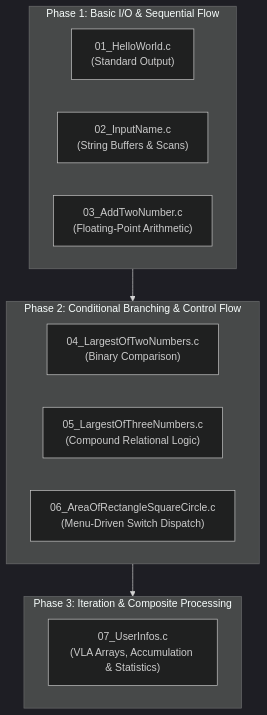
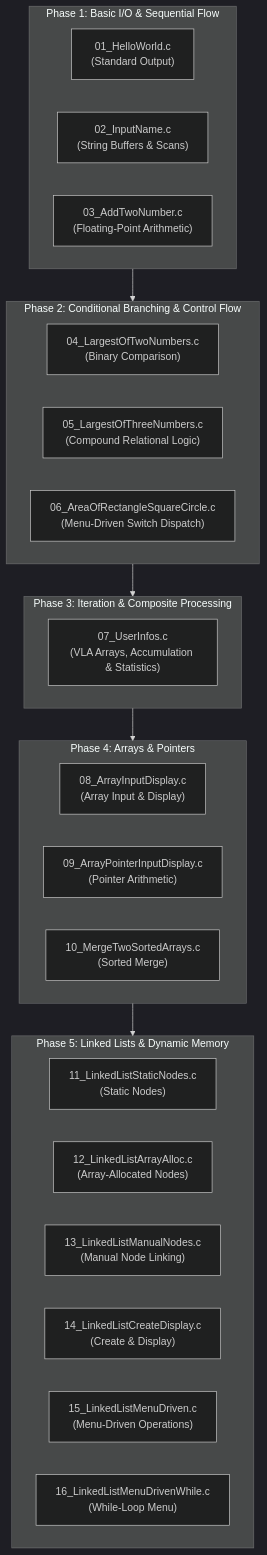
One commit to ashfakhm/CET_MCA_1st_Sem_C_Programming changed the diagram in README.md. Above: the diagram before and after it, drawn with Mermaid (dark theme). The commit also changed other lines of this file, not shown here.

````diff
--- a/README.md
+++ b/README.md
@@ -18,20 +18,35 @@
 ```mermaid
 flowchart TD
     subgraph S1 [Phase 1: Basic I/O & Sequential Flow]
         P1["01_HelloWorld.c<br/>(Standard Output)"]
         P2["02_InputName.c<br/>(String Buffers & Scans)"]
         P3["03_AddTwoNumber.c<br/>(Floating-Point Arithmetic)"]
     end
 
     subgraph S2 [Phase 2: Conditional Branching & Control Flow]
         P4["04_LargestOfTwoNumbers.c<br/>(Binary Comparison)"]
         P5["05_LargestOfThreeNumbers.c<br/>(Compound Relational Logic)"]
         P6["06_AreaOfRectangleSquareCircle.c<br/>(Menu-Driven Switch Dispatch)"]
     end
 
     subgraph S3 [Phase 3: Iteration & Composite Processing]
         P7["07_UserInfos.c<br/>(VLA Arrays, Accumulation & Statistics)"]
     end
 
-    S1 --> S2 --> S3
+    subgraph S4 [Phase 4: Arrays & Pointers]
+        P8["08_ArrayInputDisplay.c<br/>(Array Input & Display)"]
+        P9["09_ArrayPointerInputDisplay.c<br/>(Pointer Arithmetic)"]
+        P10["10_MergeTwoSortedArrays.c<br/>(Sorted Merge)"]
+    end
+
+    subgraph S5 [Phase 5: Linked Lists & Dynamic Memory]
+        P11["11_LinkedListStaticNodes.c<br/>(Static Nodes)"]
+        P12["12_LinkedListArrayAlloc.c<br/>(Array-Allocated Nodes)"]
+        P13["13_LinkedListManualNodes.c<br/>(Manual Node Linking)"]
+        P14["14_LinkedListCreateDisplay.c<br/>(Create & Display)"]
+        P15["15_LinkedListMenuDriven.c<br/>(Menu-Driven Operations)"]
+        P16["16_LinkedListMenuDrivenWhile.c<br/>(While-Loop Menu)"]
+    end
+
+    S1 --> S2 --> S3 --> S4 --> S5
 ```
````
